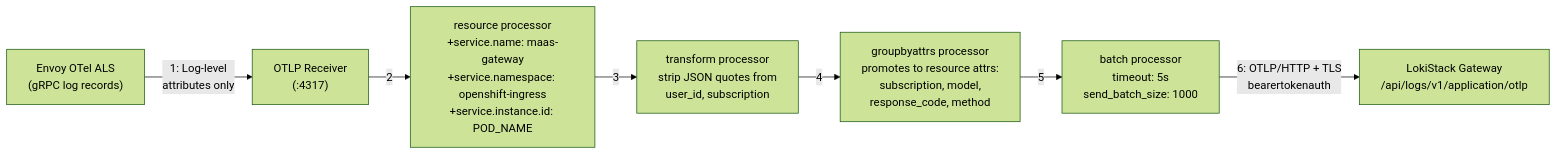
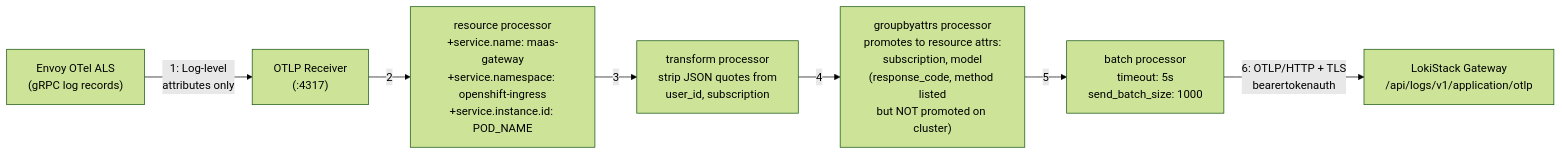
Before and after one commit to opendatahub-io/models-as-a-service: the sixth of 9 diagrams in envoy-otel-structured-logs-plan.md, drawn with Mermaid (forest theme). The commit also changed other lines of this file and 1 other file, not shown here.

First line of the commit message:
docs: update stream labels vs structured metadata findings from cluster validation

````diff
--- a/envoy-otel-structured-logs-plan.md
+++ b/envoy-otel-structured-logs-plan.md
@@ -519,9 +519,9 @@
 ```mermaid
 flowchart LR
     envoyALS["Envoy OTel ALS\n(gRPC log records)"] -->|"1: Log-level\nattributes only"| otlpRecv["OTLP Receiver\n(:4317)"]
     otlpRecv -->|"2"| resourceProc["resource processor\n+service.name: maas-gateway\n+service.namespace: openshift-ingress\n+service.instance.id: POD_NAME"]
     resourceProc -->|"3"| transformProc["transform processor\nstrip JSON quotes from\nuser_id, subscription"]
-    transformProc -->|"4"| groupbyProc["groupbyattrs processor\npromotes to resource attrs:\nsubscription, model,\nresponse_code, method"]
+    transformProc -->|"4"| groupbyProc["groupbyattrs processor\npromotes to resource attrs:\nsubscription, model\n(response_code, method listed\nbut NOT promoted on cluster)"]
     groupbyProc -->|"5"| batchProc["batch processor\ntimeout: 5s\nsend_batch_size: 1000"]
     batchProc -->|"6: OTLP/HTTP + TLS\nbearertokenauth"| lokiGw["LokiStack Gateway\n/api/logs/v1/application/otlp"]
 ```
````
